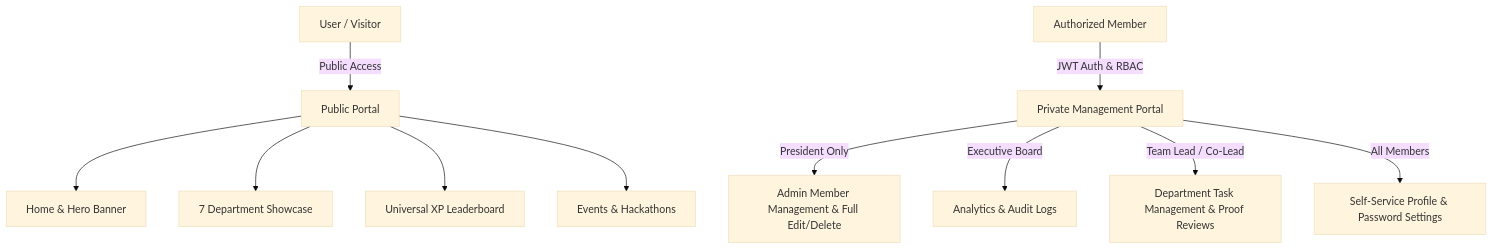
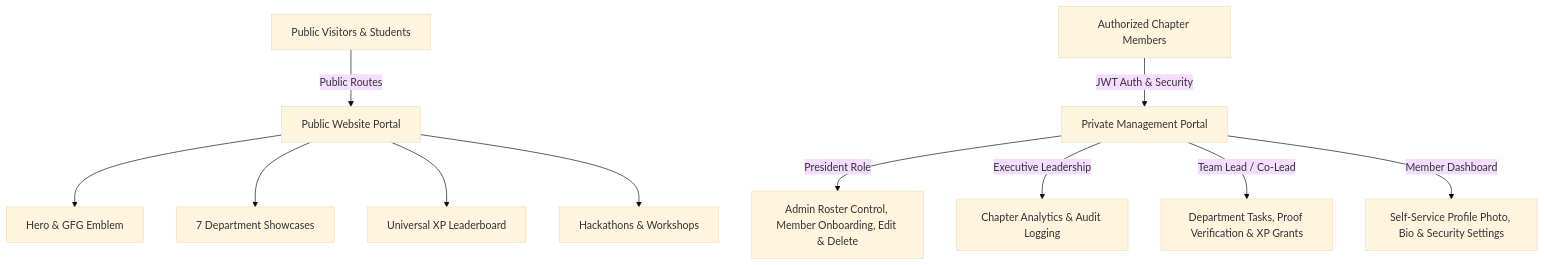
Before and after one commit to Ashutosh2245/gfg-student-chapter: the diagram in README.md, drawn with Mermaid (base theme). The commit also changed other lines of this file, not shown here.

Commit message:
Update README with official GFG logo, devicon tech stack images, author card, and full documentation

````diff
--- a/README.md
+++ b/README.md
@@ -30,14 +74,14 @@
 ```mermaid
 graph TD
-    A[User / Visitor] -->|Public Access| B[Public Portal]
-    B --> C[Home & Hero Banner]
-    B --> D[7 Department Showcase]
+    A[Public Visitors & Students] -->|Public Routes| B[Public Website Portal]
+    B --> C[Hero & GFG Emblem]
+    B --> D[7 Department Showcases]
     B --> E[Universal XP Leaderboard]
-    B --> F[Events & Hackathons]
+    B --> F[Hackathons & Workshops]
     
-    G[Authorized Member] -->|JWT Auth & RBAC| H[Private Management Portal]
-    H -->|President Only| I[Admin Member Management & Full Edit/Delete]
-    H -->|Executive Board| J[Analytics & Audit Logs]
-    H -->|Team Lead / Co-Lead| K[Department Task Management & Proof Reviews]
-    H -->|All Members| L[Self-Service Profile & Password Settings]
+    G[Authorized Chapter Members] -->|JWT Auth & Security| H[Private Management Portal]
+    H -->|President Role| I[Admin Roster Control, Member Onboarding, Edit & Delete]
+    H -->|Executive Leadership| J[Chapter Analytics & Audit Logging]
+    H -->|Team Lead / Co-Lead| K[Department Tasks, Proof Verification & XP Grants]
+    H -->|Member Dashboard| L[Self-Service Profile Photo, Bio & Security Settings]
 ```
````
